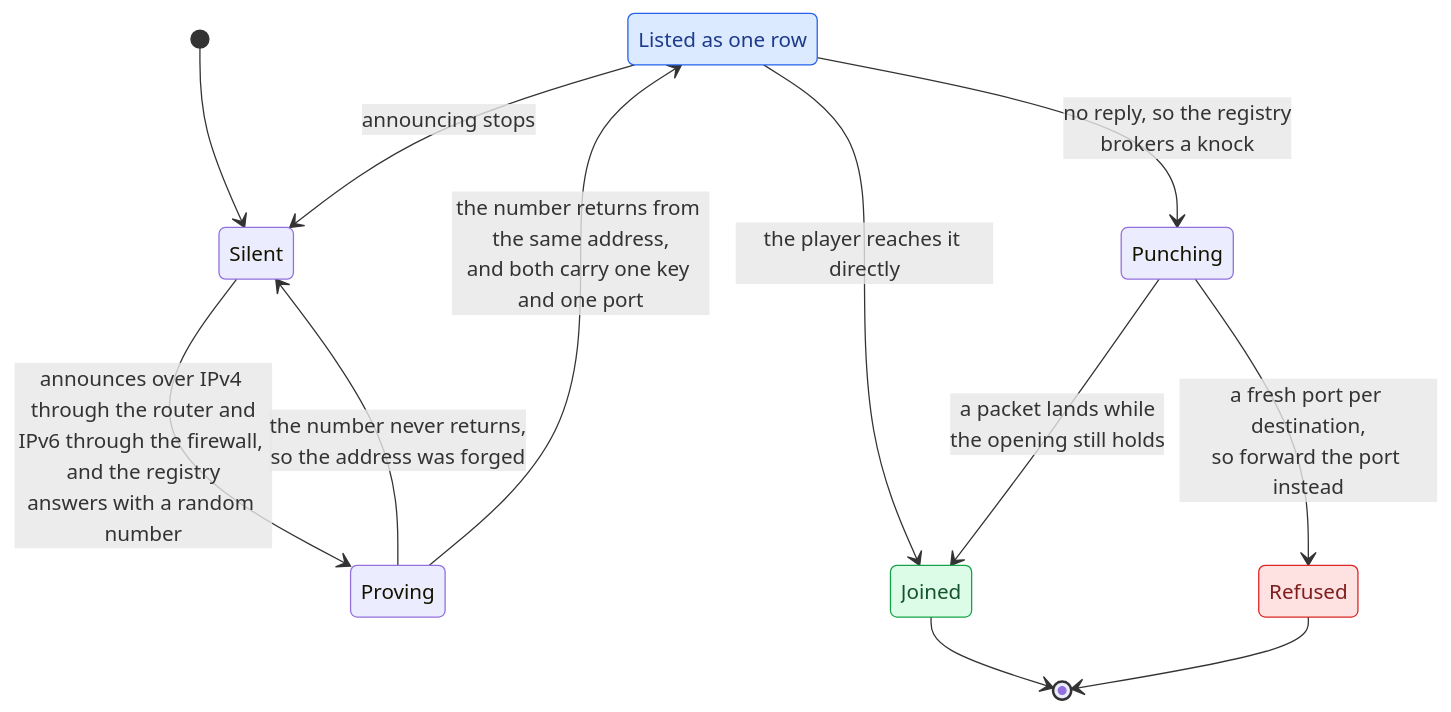
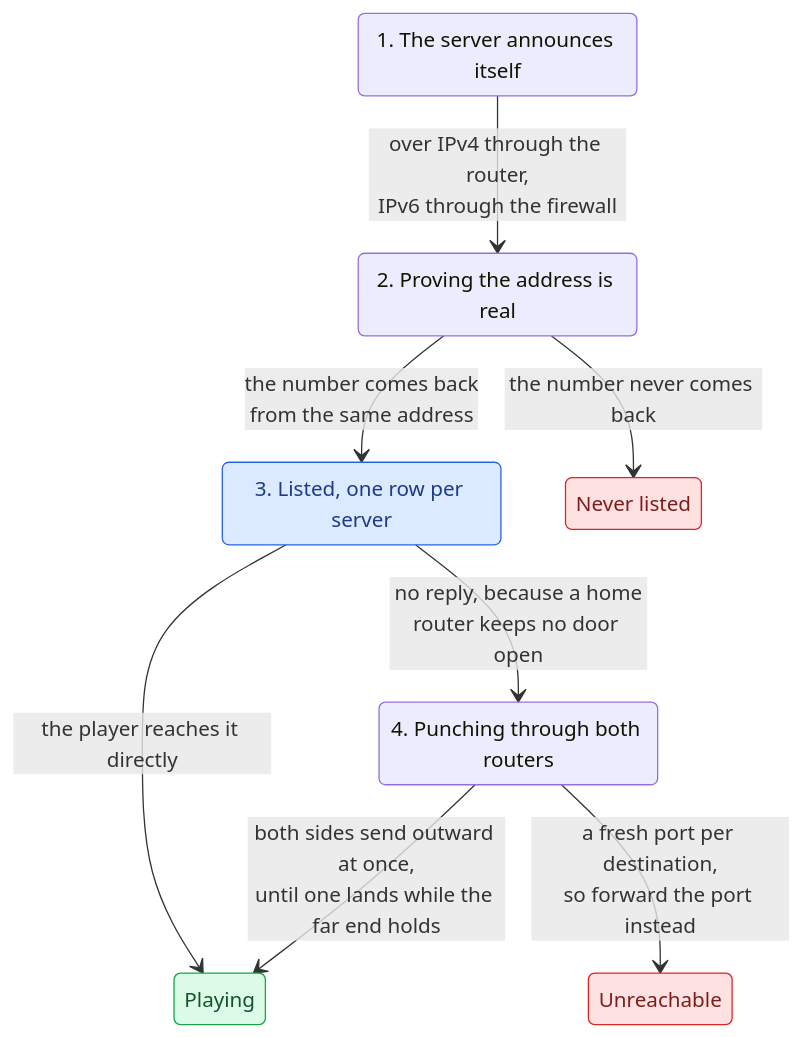
The diagram in README.server-registry.md (rc4l/ForkUnderA), drawn with Mermaid before and after one commit.

Commit message:
Number the registry stages so the flow reads top to bottom

````diff
--- a/README.server-registry.md
+++ b/README.server-registry.md
@@ -5,28 +5,28 @@
 ```mermaid
 stateDiagram-v2
     direction TB
 
-    state "Listed as one row" as Listed
+    state "1. The server announces itself" as Announcing
+    state "2. Proving the address is real" as Proving
+    state "3. Listed, one row per server" as Listed
+    state "4. Punching through both routers" as Punching
+    state "Playing" as Joined
+    state "Never listed" as Dropped
+    state "Unreachable" as Refused
 
-    [*] --> Silent
-
-    Silent --> Proving : announces over IPv4 through the router and<br/>IPv6 through the firewall, and the registry<br/>answers with a random number
-    Proving --> Silent : the number never returns,<br/>so the address was forged
-    Proving --> Listed : the number returns from the same address,<br/>and both carry one key and one port
-    Listed --> Silent : announcing stops
-
+    Announcing --> Proving : over IPv4 through the router,<br/>IPv6 through the firewall
+    Proving --> Dropped : the number never comes back
+    Proving --> Listed : the number comes back<br/>from the same address
     Listed --> Joined : the player reaches it directly
-    Listed --> Punching : no reply, so the registry<br/>brokers a knock
-    Punching --> Joined : a packet lands while<br/>the opening still holds
+    Listed --> Punching : no reply, because a home<br/>router keeps no door open
+    Punching --> Joined : both sides send outward at once,<br/>until one lands while the far end holds
     Punching --> Refused : a fresh port per destination,<br/>so forward the port instead
-
-    Joined --> [*]
-    Refused --> [*]
 
     classDef good fill:#dcfce7,stroke:#16a34a,color:#14532d
     classDef bad fill:#fee2e2,stroke:#dc2626,color:#7f1d1d
     classDef live fill:#dbeafe,stroke:#2563eb,color:#1e3a8a
     class Joined good
+    class Dropped bad
     class Refused bad
     class Listed live
 ```
````
